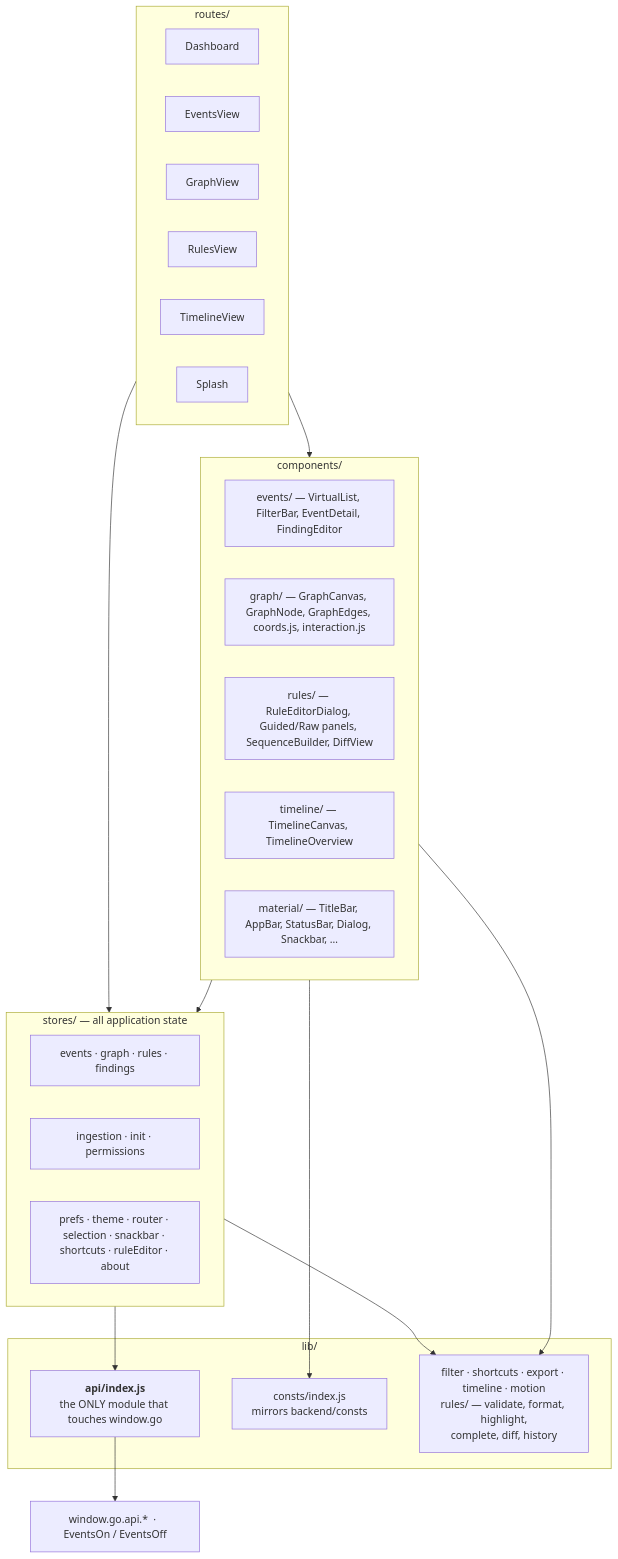
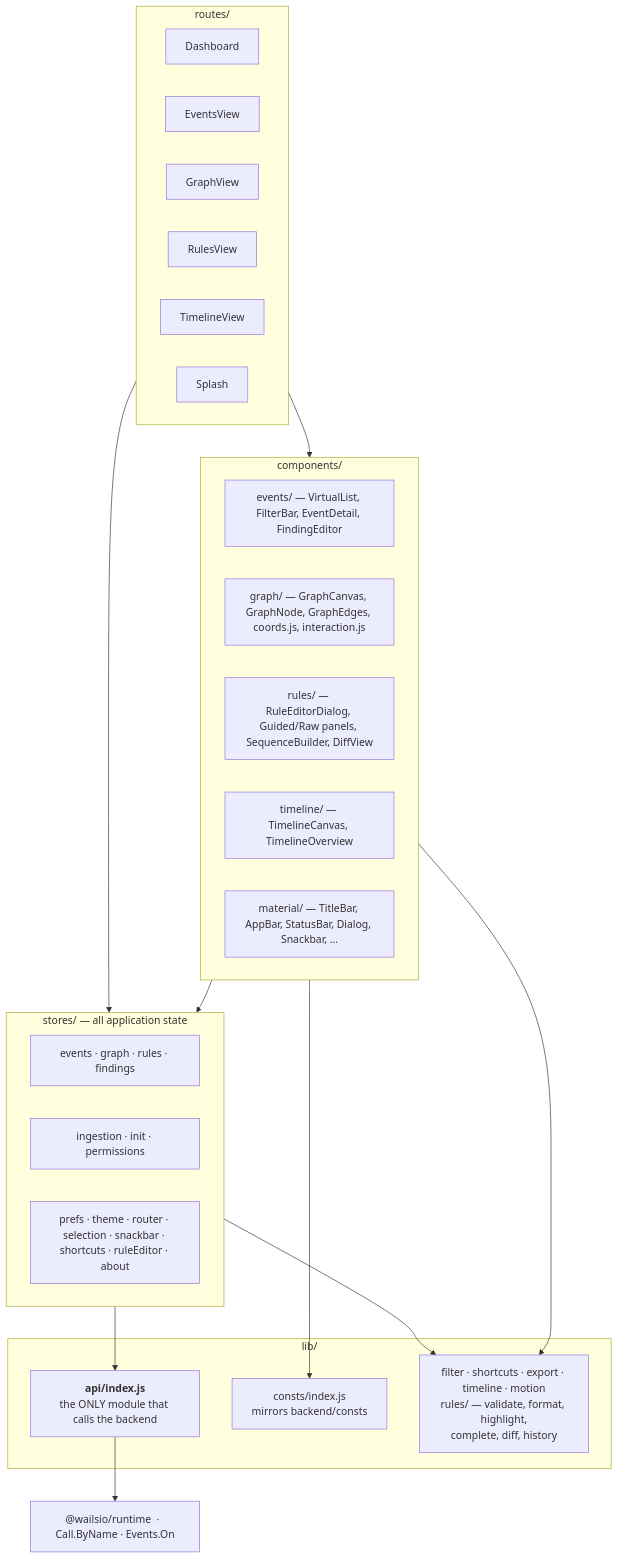
Before and after one commit to aoiflux/rohy: diagram 20 of 22 in LLD.md, drawn with Mermaid. The commit also changed other lines of this file and 5 other files, not shown here.

````diff
--- a/LLD.md
+++ b/LLD.md
@@ -2095,35 +2109,35 @@
 ```mermaid
 flowchart TD
     subgraph routes["routes/"]
         d["Dashboard"]; e["EventsView"]; g["GraphView"]; r["RulesView"]; t["TimelineView"]; s["Splash"]
     end
 
     subgraph comps["components/"]
         ce["events/ — VirtualList, FilterBar, EventDetail, FindingEditor"]
         cg["graph/ — GraphCanvas, GraphNode, GraphEdges, coords.js, interaction.js"]
         cr["rules/ — RuleEditorDialog, Guided/Raw panels, SequenceBuilder, DiffView"]
         ct["timeline/ — TimelineCanvas, TimelineOverview"]
         cm["material/ — TitleBar, AppBar, StatusBar, Dialog, Snackbar, …"]
     end
 
     subgraph st["stores/ — all application state"]
         s1["events · graph · rules · findings"]
         s2["ingestion · init · permissions"]
         s3["prefs · theme · router · selection · snackbar · shortcuts · ruleEditor · about"]
     end
 
     subgraph lib["lib/"]
-        api["<b>api/index.js</b><br/>the ONLY module that touches window.go"]
+        api["<b>api/index.js</b><br/>the ONLY module that calls the backend"]
         cons["consts/index.js<br/>mirrors backend/consts"]
         pure["filter · shortcuts · export · timeline · motion<br/>rules/ — validate, format, highlight,<br/>complete, diff, history"]
     end
 
     routes --> comps
     routes --> st
     comps --> st
     st --> api
     st --> pure
     comps --> pure
     comps --> cons
-    api --> wails["window.go.api.*  ·  EventsOn / EventsOff"]
+    api --> wails["@wailsio/runtime  ·  Call.ByName · Events.On"]
 ```
````
